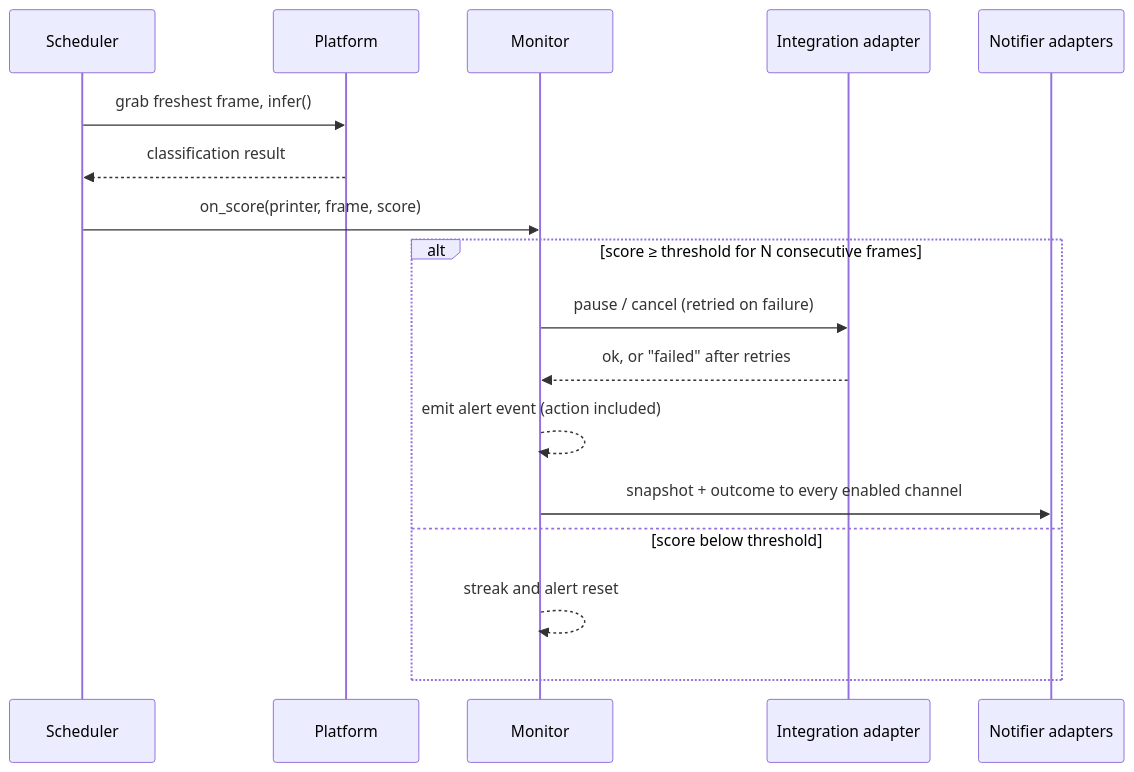
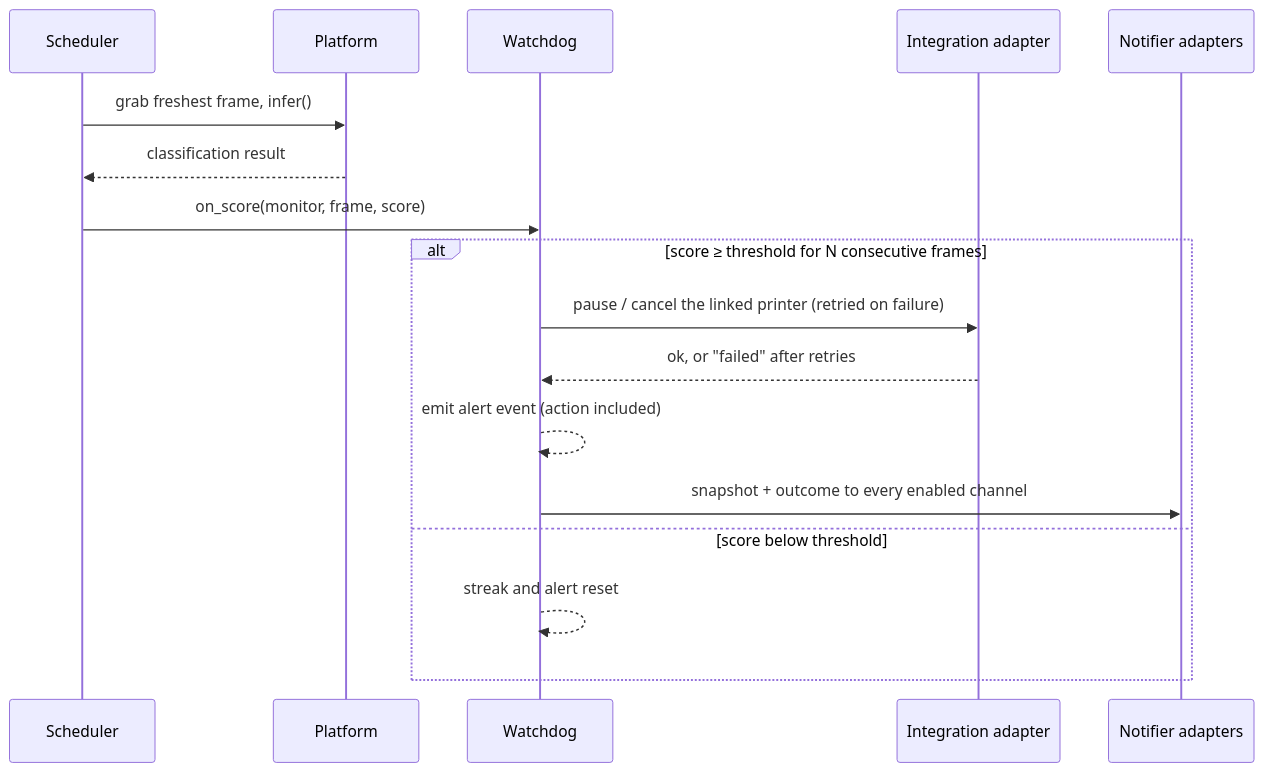
One commit to oliverbravery/PrintGuard changed the second of 2 diagrams in docs/architecture.md. Above: the diagram before and after it, drawn with Mermaid. The commit also changed other lines of this file and 25 other files, not shown here.

````diff
--- a/docs/architecture.md
+++ b/docs/architecture.md
@@ -102,20 +108,20 @@
 ```mermaid
 sequenceDiagram
     participant S as Scheduler
     participant P as Platform
-    participant M as Monitor
+    participant W as Watchdog
     participant I as Integration adapter
     participant N as Notifier adapters
 
     S->>P: grab freshest frame, infer()
     P-->>S: classification result
-    S->>M: on_score(printer, frame, score)
+    S->>W: on_score(monitor, frame, score)
     alt score ≥ threshold for N consecutive frames
-        M->>I: pause / cancel (retried on failure)
-        I-->>M: ok, or "failed" after retries
-        M-->>M: emit alert event (action included)
-        M->>N: snapshot + outcome to every enabled channel
+        W->>I: pause / cancel the linked printer (retried on failure)
+        I-->>W: ok, or "failed" after retries
+        W-->>W: emit alert event (action included)
+        W->>N: snapshot + outcome to every enabled channel
     else score below threshold
-        M-->>M: streak and alert reset
+        W-->>W: streak and alert reset
     end
 ```
````
